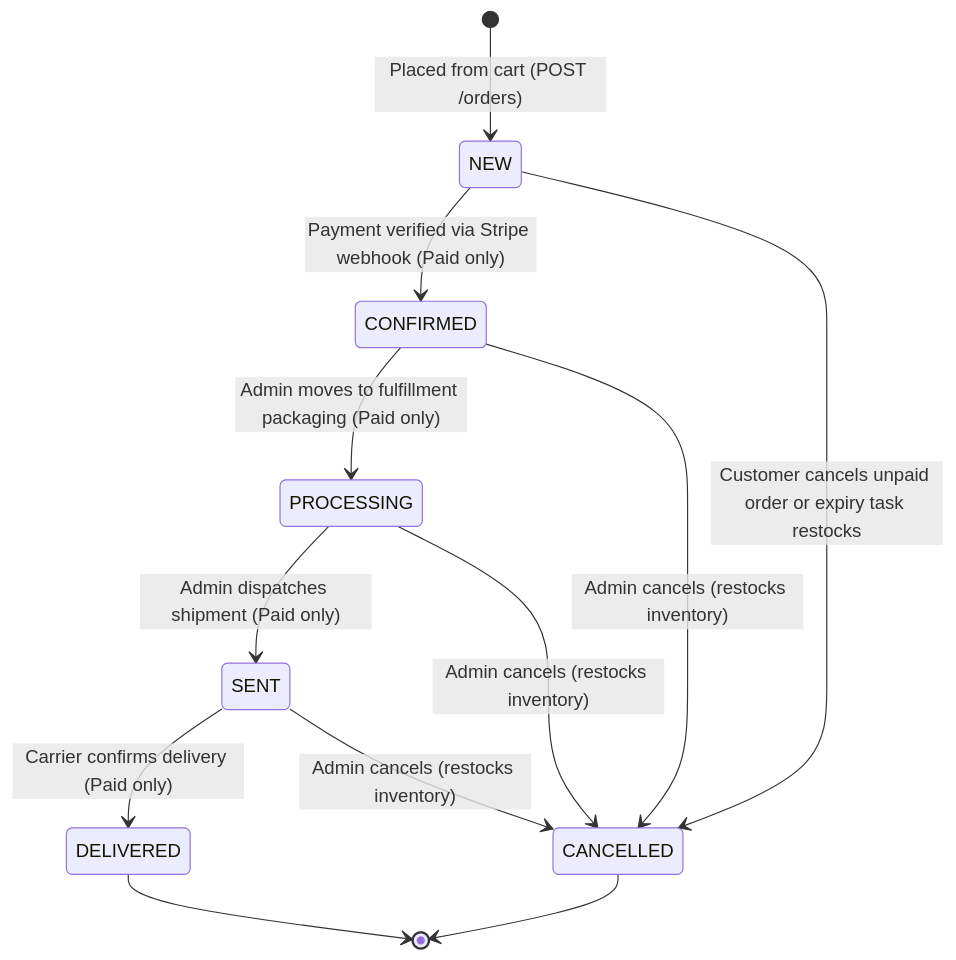
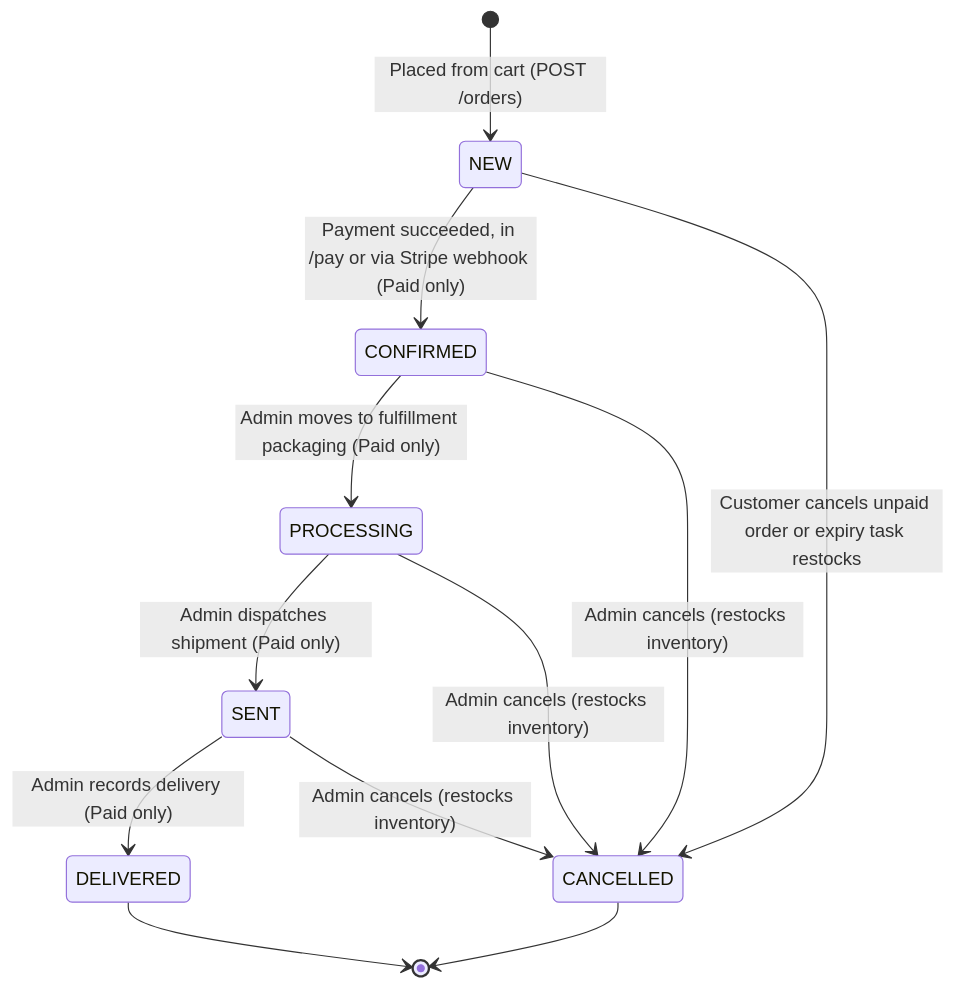
One commit to nadeko0/fastapi_e-commerce_backend changed the fourth of 4 diagrams in docs/ARCHITECTURE.md. Above: the diagram before and after it, drawn with Mermaid. The commit also changed other lines of this file and 13 other files, not shown here.

````diff
--- a/docs/ARCHITECTURE.md
+++ b/docs/ARCHITECTURE.md
@@ -127,19 +128,19 @@
 ```mermaid
 stateDiagram-v2
     [*] --> NEW: Placed from cart (POST /orders)
     
-    NEW --> CONFIRMED: Payment verified via Stripe webhook (Paid only)
+    NEW --> CONFIRMED: Payment succeeded, in /pay or via Stripe webhook (Paid only)
     NEW --> CANCELLED: Customer cancels unpaid order or expiry task restocks
     
     CONFIRMED --> PROCESSING: Admin moves to fulfillment packaging (Paid only)
     CONFIRMED --> CANCELLED: Admin cancels (restocks inventory)
     
     PROCESSING --> SENT: Admin dispatches shipment (Paid only)
     PROCESSING --> CANCELLED: Admin cancels (restocks inventory)
     
-    SENT --> DELIVERED: Carrier confirms delivery (Paid only)
+    SENT --> DELIVERED: Admin records delivery (Paid only)
     SENT --> CANCELLED: Admin cancels (restocks inventory)
     
     DELIVERED --> [*]
     CANCELLED --> [*]
 ```
````
